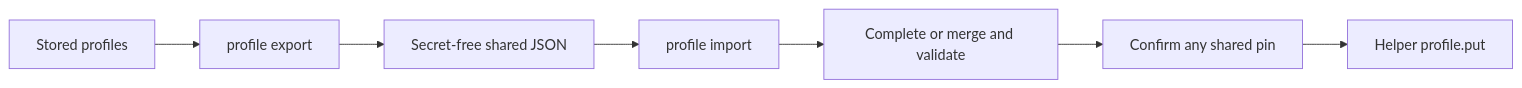
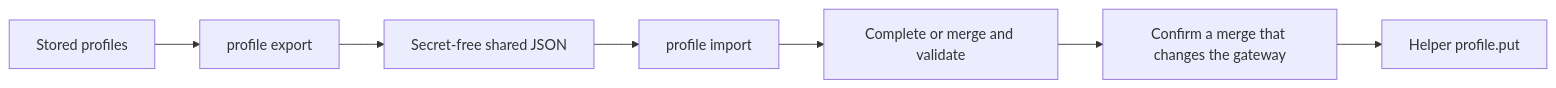
One commit to avhn/fortix changed the third of 3 diagrams in docs/profiles.md. Above: the diagram before and after it, drawn with Mermaid. The commit also changed other lines of this file and 3 other files, not shown here.

First line of the commit message:
fix(profile): confirm gateway changes on merge and treat shared pins as unverified

````diff
--- a/docs/profiles.md
+++ b/docs/profiles.md
@@ -229,9 +229,9 @@
 ```mermaid
 flowchart LR
     Stored[Stored profiles] --> Export[profile export]
     Export --> Shared[Secret-free shared JSON]
     Shared --> Import[profile import]
     Import --> Complete[Complete or merge and validate]
-    Complete --> Consent[Confirm any shared pin]
+    Complete --> Consent[Confirm a merge that changes the gateway]
     Consent --> Helper[Helper profile.put]
 ```
````
